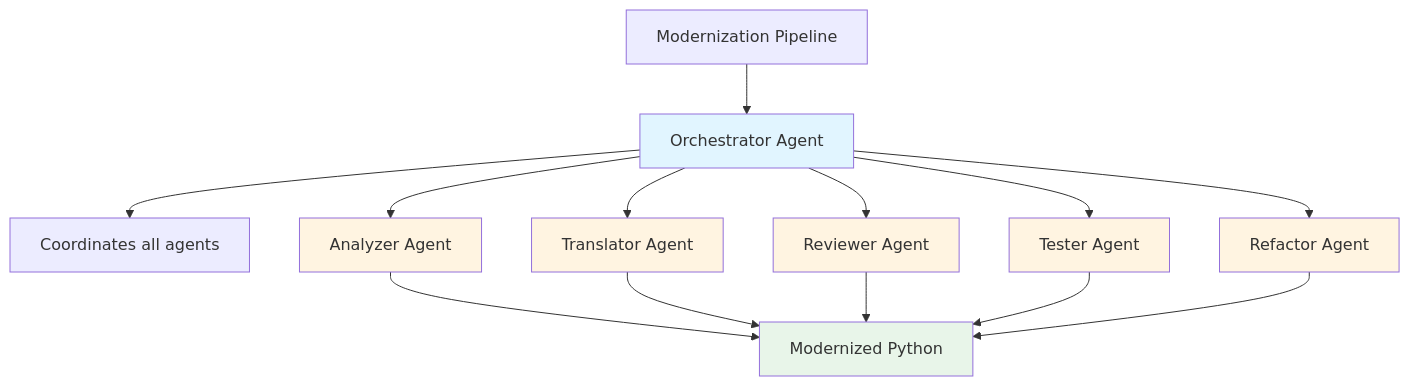
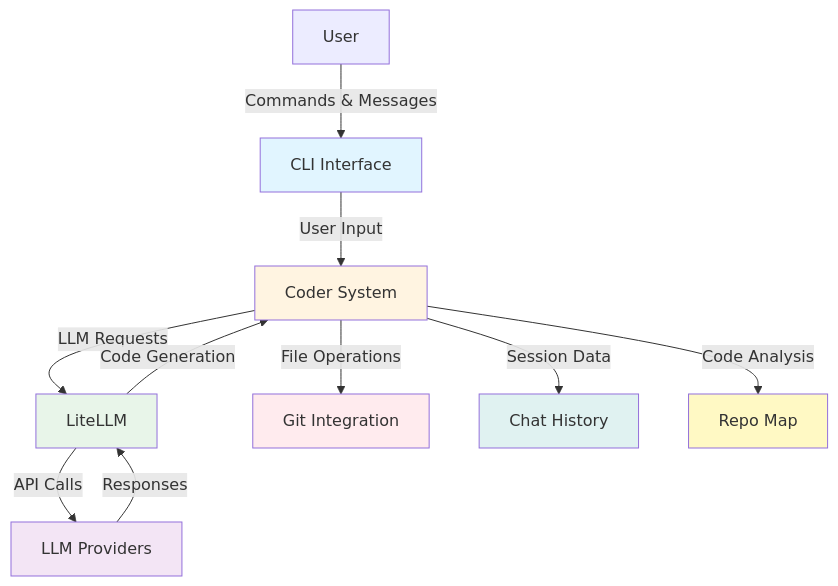
Before and after one commit to astrio-ai/l2m: the first of 5 diagrams in docs/architecture.md, drawn with Mermaid. The commit also changed other lines of this file and 3 other files, not shown here.

First line of the commit message:
docs: update documentation to reflect current single-agent architecture

````diff
--- a/docs/architecture.md
+++ b/docs/architecture.md
@@ -9,23 +9,20 @@
 ```mermaid
-graph TD
-    A[Modernization Pipeline] --> B[Orchestrator Agent]
-    B --> C[Coordinates all agents]
-    B --> D[Analyzer Agent]
-    B --> E[Translator Agent]
-    B --> F[Reviewer Agent]
-    B --> G[Tester Agent]
-    B --> H[Refactor Agent]
-    D --> I[Modernized Python]
-    E --> I
-    F --> I
-    G --> I
-    H --> I
+graph TB
+    A[User] -->|Commands & Messages| B[CLI Interface]
+    B -->|User Input| C[Coder System]
+    C -->|LLM Requests| D[LiteLLM]
+    D -->|API Calls| E[LLM Providers]
+    E -->|Responses| D
+    D -->|Code Generation| C
+    C -->|File Operations| F[Git Integration]
+    C -->|Session Data| G[Chat History]
+    C -->|Code Analysis| H[Repo Map]
     
     style B fill:#e1f5ff
-    style D fill:#fff4e1
-    style E fill:#fff4e1
-    style F fill:#fff4e1
-    style G fill:#fff4e1
-    style H fill:#fff4e1
-    style I fill:#e8f5e9
+    style C fill:#fff4e1
+    style D fill:#e8f5e9
+    style E fill:#f3e5f5
+    style F fill:#ffebee
+    style G fill:#e0f2f1
+    style H fill:#fff9c4
 ```
````
